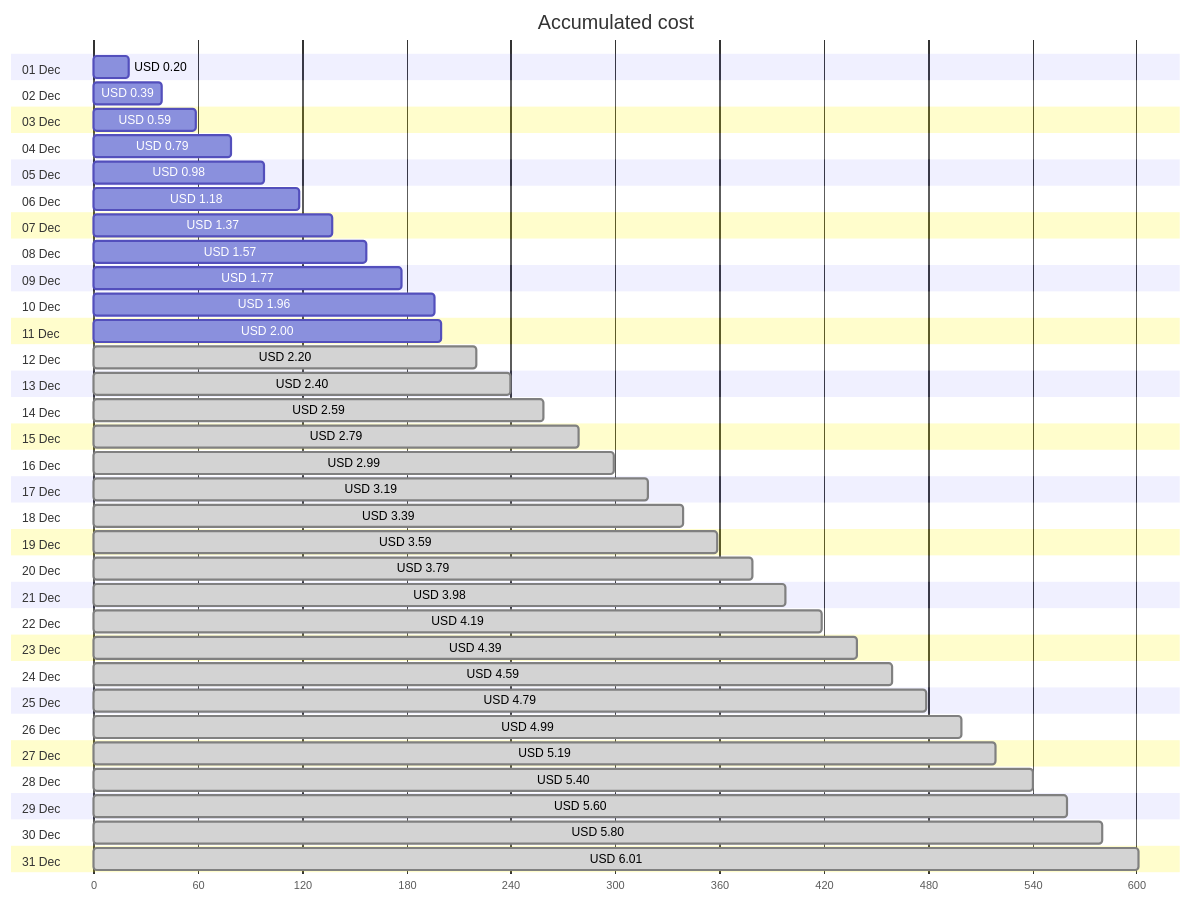
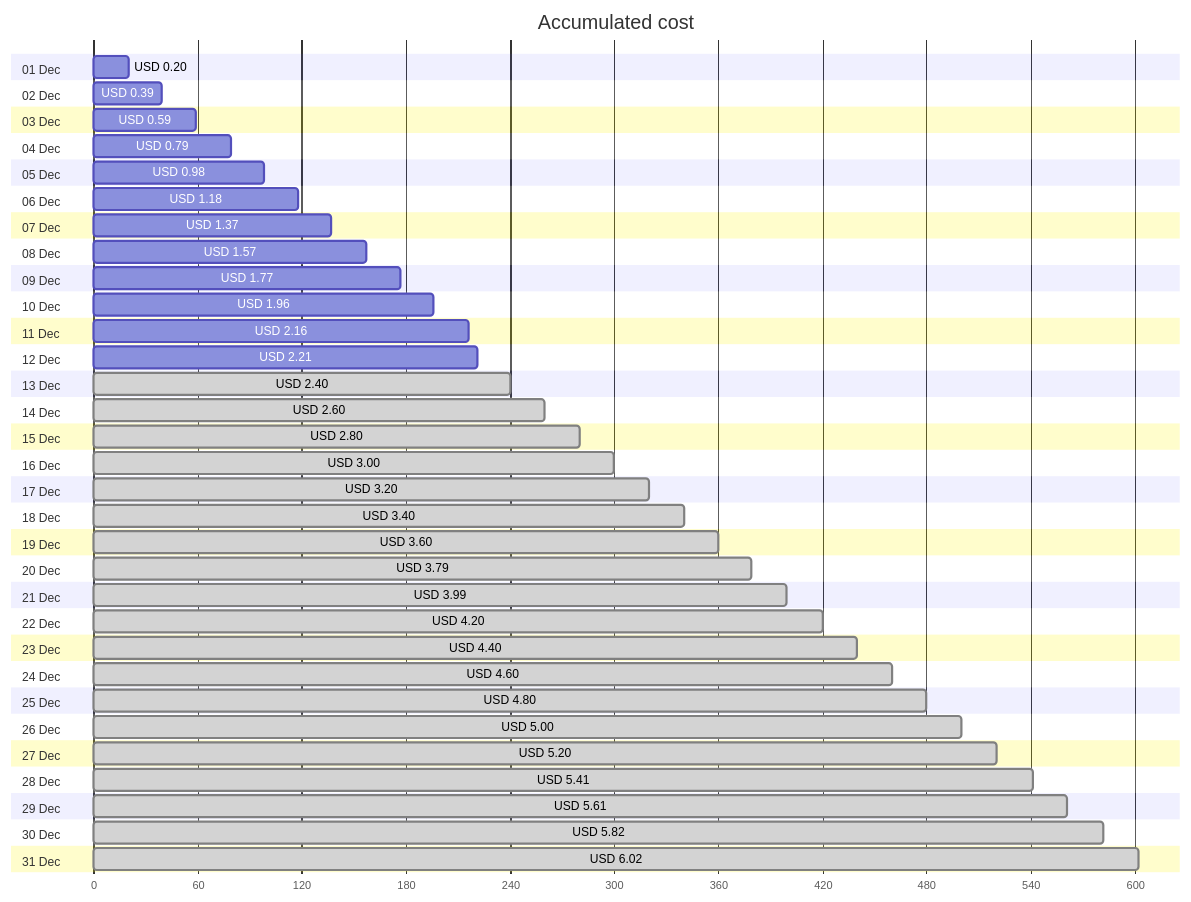
One commit to jpfulton/azure-personal-reports changed the first of 4 diagrams in cost-reports/personal-network/backup-server.md. Above: the diagram before and after it, drawn with Mermaid. The commit also changed other lines of this file and 8 other files, not shown here.

````diff
--- a/cost-reports/personal-network/backup-server.md
+++ b/cost-reports/personal-network/backup-server.md
@@ -20,68 +20,68 @@
 ```mermaid
 gantt
    title Accumulated cost
    dateFormat  X
    axisFormat %s
    section 01 Dec
    USD 0.20 :0, 20
    section 02 Dec
    USD 0.39 :0, 39
    section 03 Dec
    USD 0.59 :0, 59
    section 04 Dec
    USD 0.79 :0, 79
    section 05 Dec
    USD 0.98 :0, 98
    section 06 Dec
    USD 1.18 :0, 118
    section 07 Dec
    USD 1.37 :0, 137
    section 08 Dec
    USD 1.57 :0, 157
    section 09 Dec
    USD 1.77 :0, 177
    section 10 Dec
    USD 1.96 :0, 196
    section 11 Dec
-   USD 2.00 :0, 200
+   USD 2.16 :0, 216
    section 12 Dec
-   USD 2.20 : done, 0, 220
+   USD 2.21 :0, 221
    section 13 Dec
    USD 2.40 : done, 0, 240
    section 14 Dec
-   USD 2.59 : done, 0, 259
+   USD 2.60 : done, 0, 260
    section 15 Dec
-   USD 2.79 : done, 0, 279
+   USD 2.80 : done, 0, 280
    section 16 Dec
-   USD 2.99 : done, 0, 299
+   USD 3.00 : done, 0, 300
    section 17 Dec
-   USD 3.19 : done, 0, 319
+   USD 3.20 : done, 0, 320
    section 18 Dec
-   USD 3.39 : done, 0, 339
+   USD 3.40 : done, 0, 340
    section 19 Dec
-   USD 3.59 : done, 0, 359
+   USD 3.60 : done, 0, 360
    section 20 Dec
    USD 3.79 : done, 0, 379
    section 21 Dec
-   USD 3.98 : done, 0, 398
+   USD 3.99 : done, 0, 399
    section 22 Dec
-   USD 4.19 : done, 0, 419
+   USD 4.20 : done, 0, 420
    section 23 Dec
-   USD 4.39 : done, 0, 439
+   USD 4.40 : done, 0, 440
    section 24 Dec
-   USD 4.59 : done, 0, 459
+   USD 4.60 : done, 0, 460
    section 25 Dec
-   USD 4.79 : done, 0, 479
+   USD 4.80 : done, 0, 480
    section 26 Dec
-   USD 4.99 : done, 0, 499
+   USD 5.00 : done, 0, 500
    section 27 Dec
-   USD 5.19 : done, 0, 519
+   USD 5.20 : done, 0, 520
    section 28 Dec
-   USD 5.40 : done, 0, 540
+   USD 5.41 : done, 0, 541
    section 29 Dec
-   USD 5.60 : done, 0, 560
+   USD 5.61 : done, 0, 561
    section 30 Dec
-   USD 5.80 : done, 0, 580
+   USD 5.82 : done, 0, 582
    section 31 Dec
-   USD 6.01 : done, 0, 601
+   USD 6.02 : done, 0, 602
 ```
````
